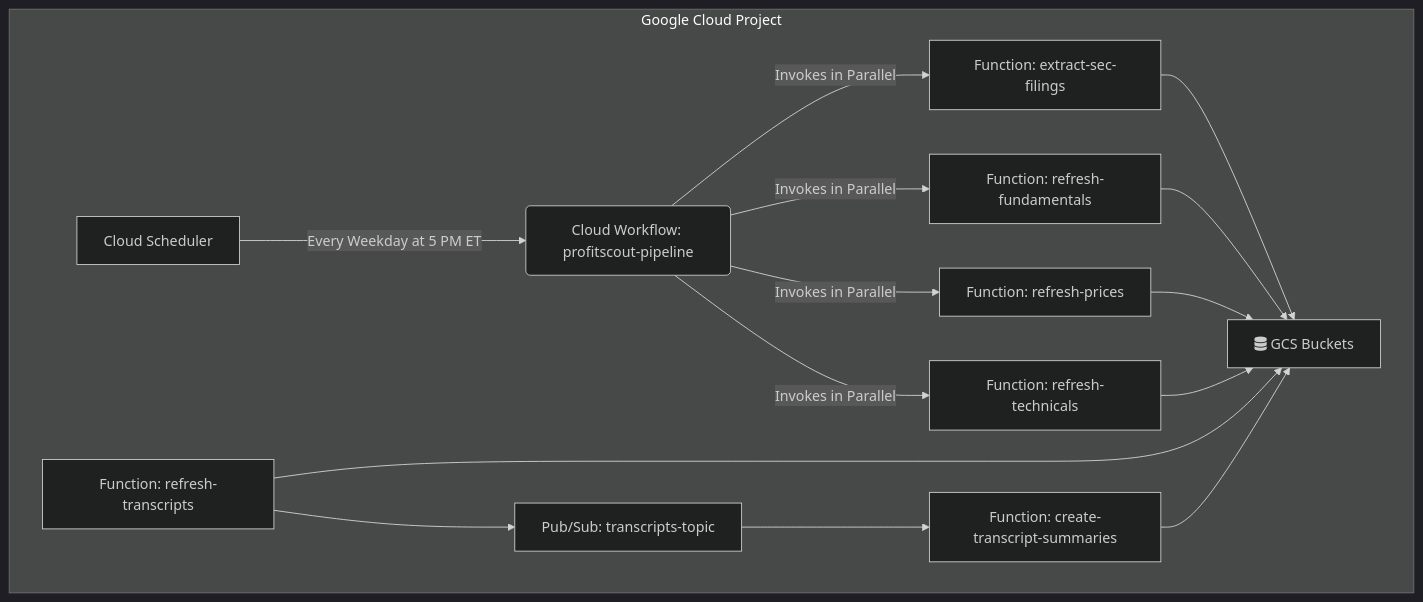
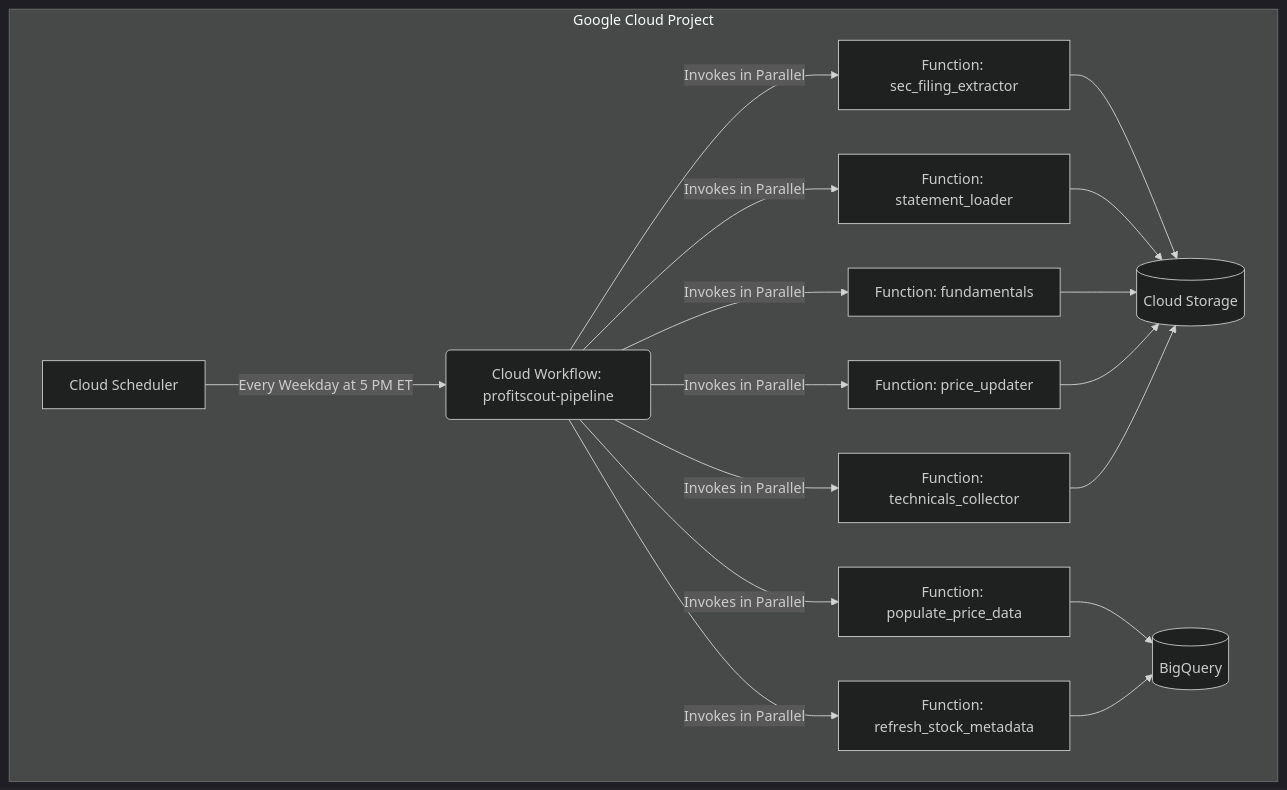
One commit to DevDizzle/profitscout-engine changed the first of 2 diagrams in README.md. Above: the diagram before and after it, drawn with Mermaid (dark theme). The commit also changed other lines of this file, not shown here.

Commit message:
docs: fix manual workflow run example

````diff
--- a/README.md
+++ b/README.md
@@ -25,21 +25,22 @@
 ```mermaid
 graph TD
     subgraph "Google Cloud Project"
-        A[Cloud Scheduler] -->|Every Weekday at 5 PM ET| B(Cloud Workflow: profitscout-pipeline);
+        A[Cloud Scheduler] -->|Every Weekday at 5 PM ET| B(Cloud Workflow: profitscout-pipeline)
 
-        B -->|Invokes in Parallel| C1[Function: extract-sec-filings];
-        B -->|Invokes in Parallel| C2[Function: refresh-fundamentals];
-        B -->|Invokes in Parallel| C3[Function: refresh-prices];
-        B -->|Invokes in Parallel| C4[Function: refresh-technicals];
+        B -->|Invokes in Parallel| C1[Function: sec_filing_extractor]
+        B -->|Invokes in Parallel| C2[Function: statement_loader]
+        B -->|Invokes in Parallel| C3[Function: fundamentals]
+        B -->|Invokes in Parallel| C4[Function: populate_price_data]
+        B -->|Invokes in Parallel| C5[Function: price_updater]
+        B -->|Invokes in Parallel| C6[Function: technicals_collector]
+        B -->|Invokes in Parallel| C7[Function: refresh_stock_metadata]
 
-        C1 --> E[(Cloud Storage)];
-        C2 --> E;
-        C3 --> E;
-        C4 --> E;
-
-        F[Pub/Sub: transcripts-topic] --> G[Function: create-transcript-summaries];
-        D[Function: refresh-transcripts] --> F;
-        D --> E;
-        G --> E[fa:fa-database GCS Buckets];
+        C1 --> S[(Cloud Storage)]
+        C2 --> S
+        C3 --> S
+        C5 --> S
+        C6 --> S
+        C4 --> Q[(BigQuery)]
+        C7 --> Q
     end
 ```
````
